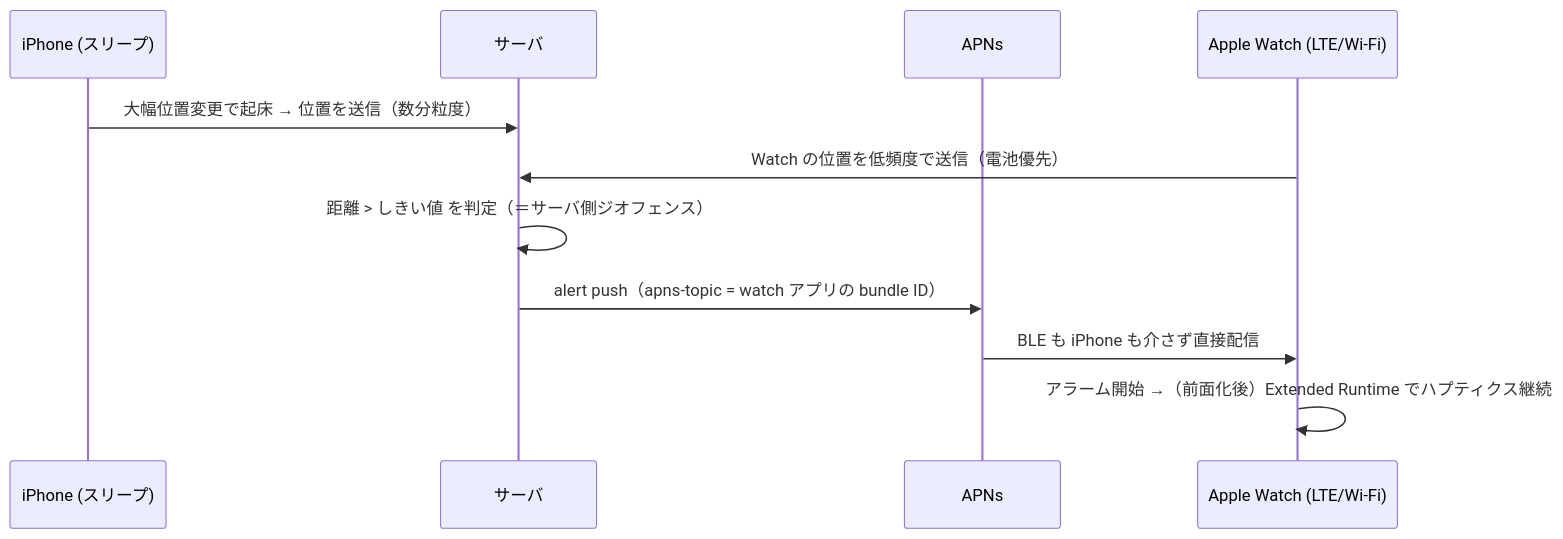
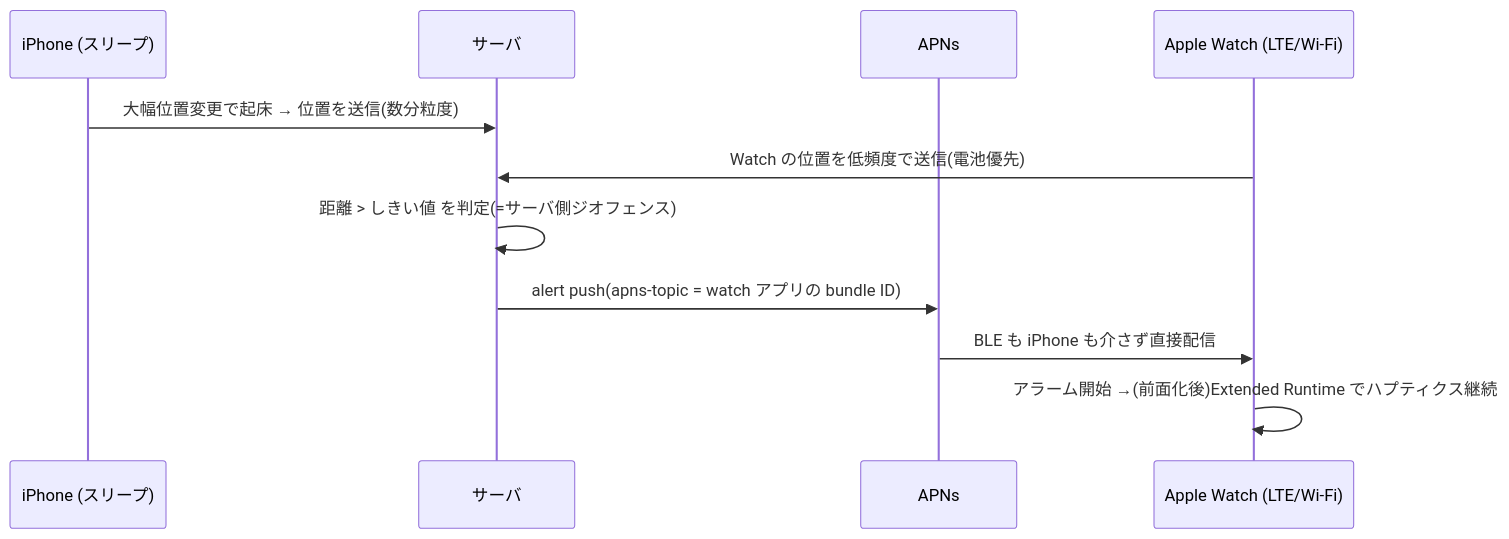
One commit to suzukimitsuru/turetette changed the third of 3 diagrams in docs/watch-alarm-design.md. Above: the diagram before and after it, drawn with Mermaid. The commit also changed other lines of this file, not shown here.

````diff
--- a/docs/watch-alarm-design.md
+++ b/docs/watch-alarm-design.md
@@ -593,14 +594,14 @@
 ```mermaid
 sequenceDiagram
     participant P as iPhone (スリープ)
     participant S as サーバ
     participant A as APNs
     participant W as Apple Watch (LTE/Wi-Fi)
 
-    P->>S: 大幅位置変更で起床 → 位置を送信（数分粒度）
-    W->>S: Watch の位置を低頻度で送信（電池優先）
-    S->>S: 距離 > しきい値 を判定（＝サーバ側ジオフェンス）
-    S->>A: alert push（apns-topic = watch アプリの bundle ID）
+    P->>S: 大幅位置変更で起床 → 位置を送信(数分粒度)
+    W->>S: Watch の位置を低頻度で送信(電池優先)
+    S->>S: 距離 > しきい値 を判定(=サーバ側ジオフェンス)
+    S->>A: alert push(apns-topic = watch アプリの bundle ID)
     A->>W: BLE も iPhone も介さず直接配信
-    W->>W: アラーム開始 →（前面化後）Extended Runtime でハプティクス継続
+    W->>W: アラーム開始 →(前面化後)Extended Runtime でハプティクス継続
 ```
````
